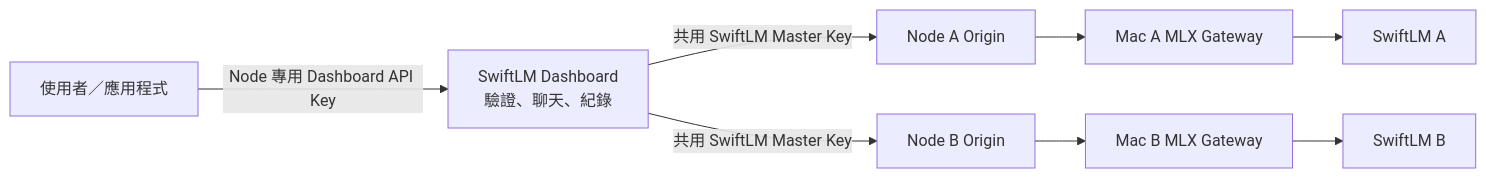
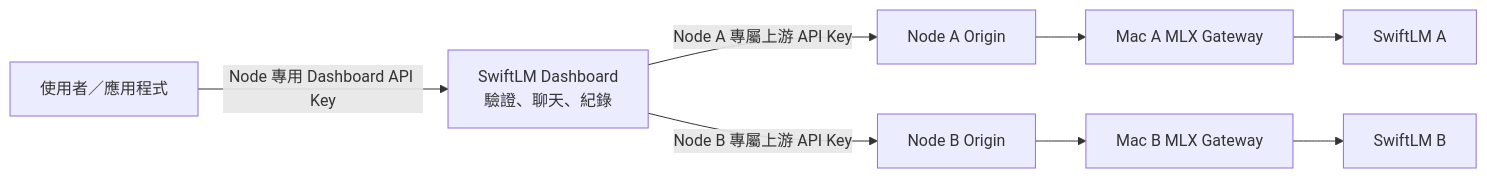
Before and after one commit to richard880502/swiftlm-platform: the diagram in README.md, drawn with Mermaid. The commit also changed other lines of this file and 9 other files, not shown here.

Commit message:
Support per-node upstream API keys

````diff
--- a/README.md
+++ b/README.md
@@ -80,8 +80,8 @@
 ```mermaid
 flowchart LR
     Client["使用者／應用程式"] -->|"Node 專用 Dashboard API Key"| Dashboard["SwiftLM Dashboard\n驗證、聊天、紀錄"]
-    Dashboard -->|"共用 SwiftLM Master Key"| OriginA["Node A Origin"]
-    Dashboard -->|"共用 SwiftLM Master Key"| OriginB["Node B Origin"]
+    Dashboard -->|"Node A 專屬上游 API Key"| OriginA["Node A Origin"]
+    Dashboard -->|"Node B 專屬上游 API Key"| OriginB["Node B Origin"]
     OriginA --> GatewayA["Mac A MLX Gateway"] --> SwiftA["SwiftLM A"]
     OriginB --> GatewayB["Mac B MLX Gateway"] --> SwiftB["SwiftLM B"]
 ```
````
